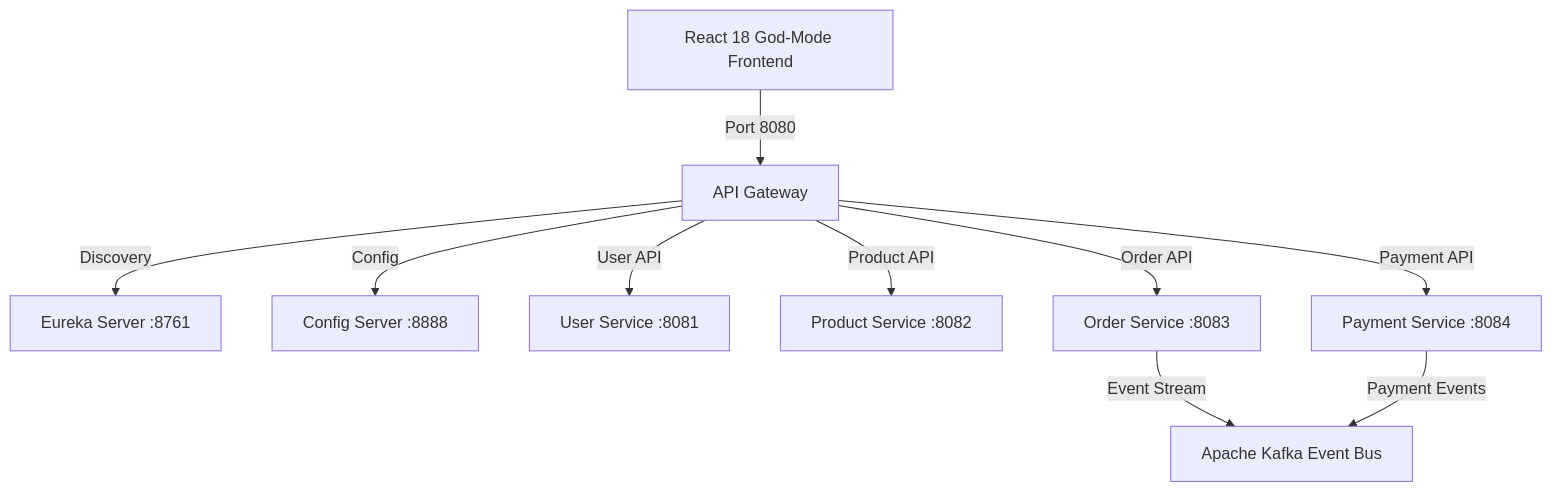
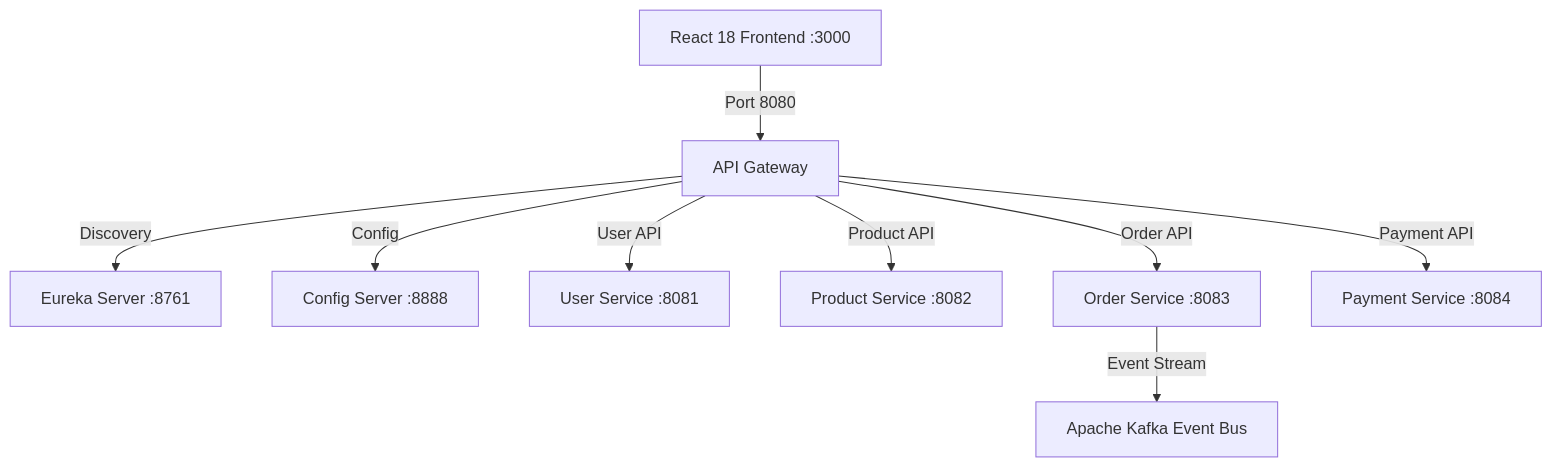
Before and after one commit to chaithanya762/flavordash-food-delivery: the second of 2 diagrams in README.md, drawn with Mermaid. The commit also changed other lines of this file, not shown here.

````diff
--- a/README.md
+++ b/README.md
@@ -17,14 +78,13 @@
 ```mermaid
 graph TD
-    Client[React 18 God-Mode Frontend] -->|Port 8080| Gateway[API Gateway]
+    Client[React 18 Frontend :3000] -->|Port 8080| Gateway[API Gateway]
     Gateway -->|Discovery| Eureka[Eureka Server :8761]
     Gateway -->|Config| Config[Config Server :8888]
     
     Gateway -->|User API| UserSvc[User Service :8081]
     Gateway -->|Product API| ProdSvc[Product Service :8082]
     Gateway -->|Order API| OrderSvc[Order Service :8083]
     Gateway -->|Payment API| PaySvc[Payment Service :8084]
 
     OrderSvc -->|Event Stream| Kafka[Apache Kafka Event Bus]
-    PaySvc -->|Payment Events| Kafka
 ```
````
